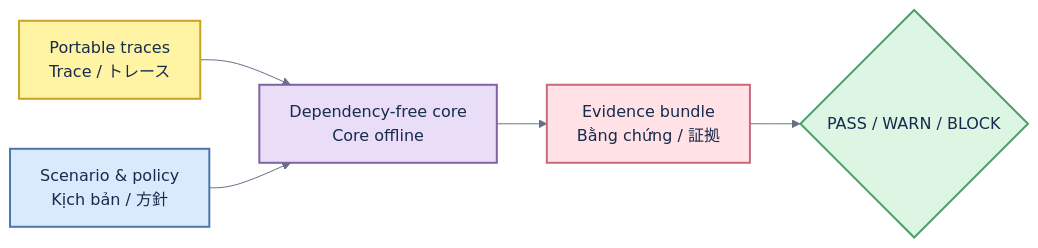
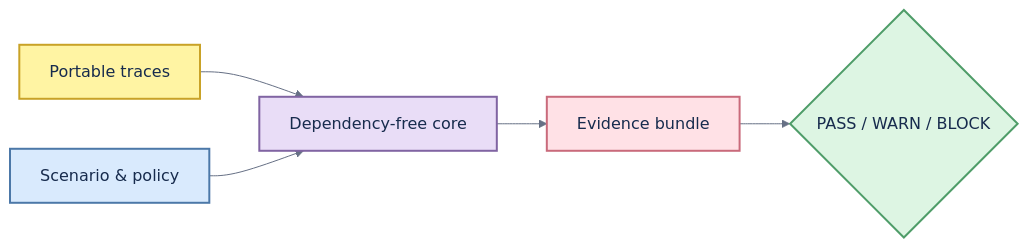
Before and after one commit to thangldw/ragops: the diagram in docs/ARCHITECTURE.md, drawn with Mermaid. The commit also changed other lines of this file and 4 other files, not shown here.

````diff
--- a/docs/ARCHITECTURE.md
+++ b/docs/ARCHITECTURE.md
@@ -3,16 +3,16 @@
 ```mermaid
 %%{init: {"theme":"base","themeVariables":{"background":"#FFFFFF","fontFamily":"Arial, sans-serif","lineColor":"#667085","primaryTextColor":"#172B4D"}}}%%
 flowchart LR
-    T["Portable traces<br/>Trace / トレース"]:::yellow
-    S["Scenario & policy<br/>Kịch bản / 方針"]:::blue
-    C["Dependency-free core<br/>Core offline"]:::purple
-    E["Evidence bundle<br/>Bằng chứng / 証拠"]:::pink
+    T["Portable traces"]:::yellow
+    S["Scenario & policy"]:::blue
+    C["Dependency-free core"]:::purple
+    E["Evidence bundle"]:::pink
     G{"PASS / WARN / BLOCK"}:::green
     T --> C
     S --> C --> E --> G
     classDef yellow fill:#FFF4A3,stroke:#C9A227,stroke-width:2px,color:#172B4D
     classDef blue fill:#D9EAFD,stroke:#4C78A8,stroke-width:2px,color:#172B4D
     classDef purple fill:#E9DDF7,stroke:#8064A2,stroke-width:2px,color:#172B4D
     classDef pink fill:#FFE1E6,stroke:#C96A7B,stroke-width:2px,color:#172B4D
     classDef green fill:#DDF5E3,stroke:#4F9D69,stroke-width:2px,color:#172B4D
 ```
````
